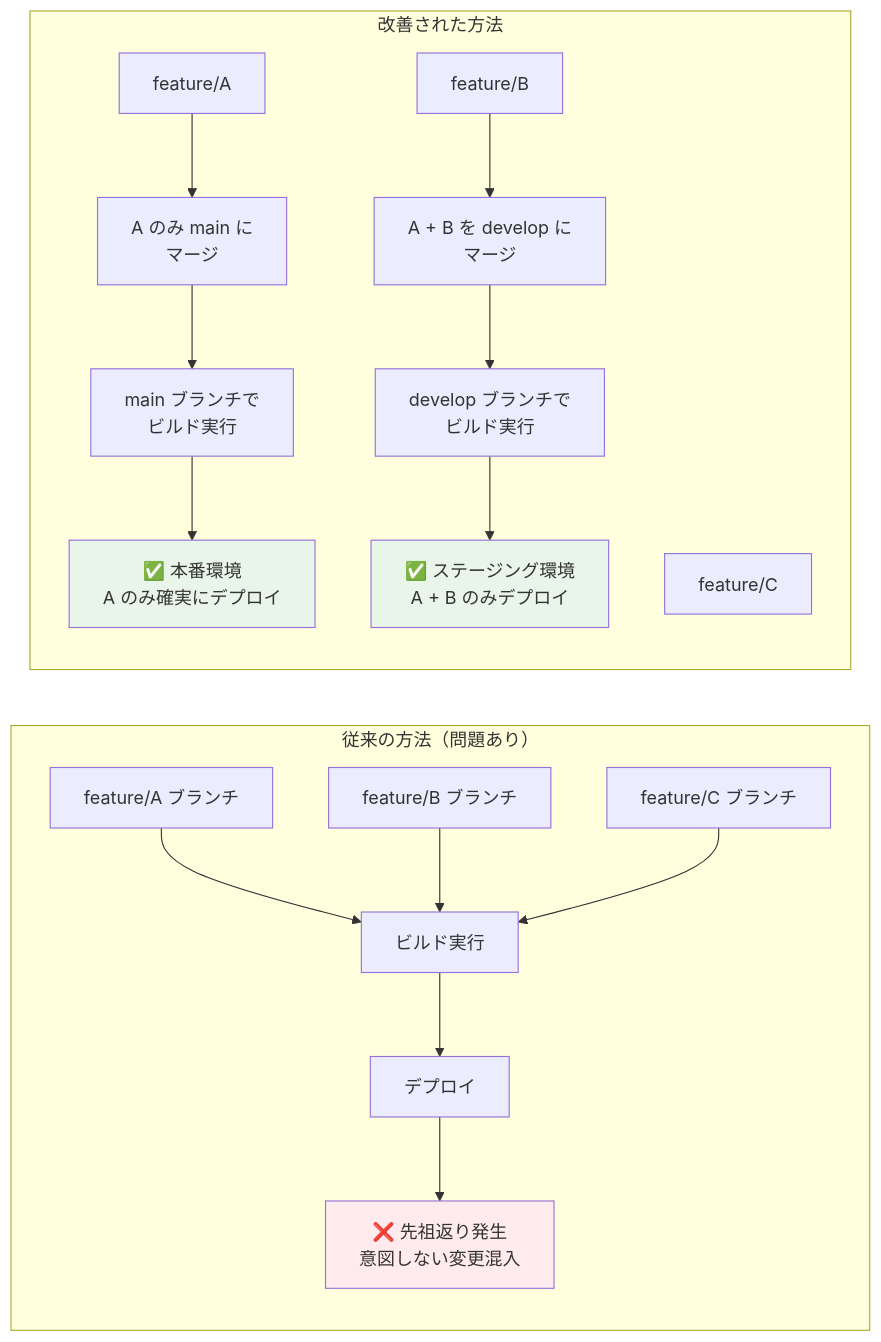
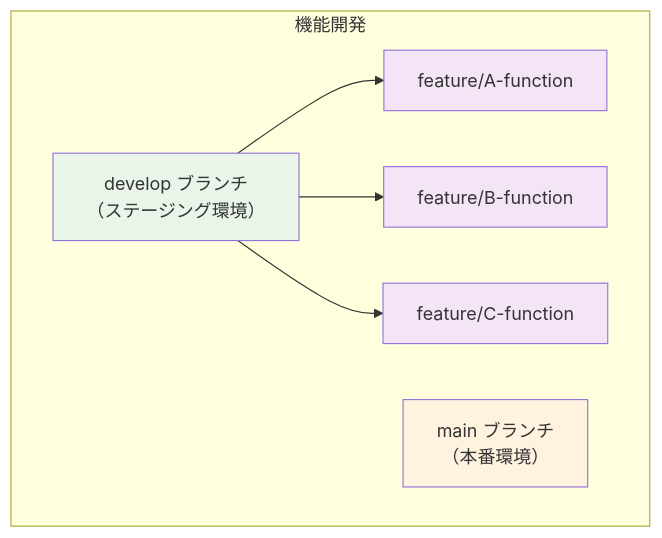
The first of 3 diagrams in profile/README.md (Rockhearts/.github), drawn with Mermaid before and after one commit. The commit also changed other lines of this file, not shown here.

````diff
--- a/profile/README.md
+++ b/profile/README.md
@@ -124,26 +27,20 @@
 ```mermaid
-flowchart LR
-    subgraph "従来の方法（問題あり）"
-        A1["feature/A ブランチ"] --> B1["ビルド実行"]
-        A2["feature/B ブランチ"] --> B1
-        A3["feature/C ブランチ"] --> B1
-        B1 --> C1["デプロイ"]
-        C1 --> D1["❌ 先祖返り発生<br/>意図しない変更混入"]
+flowchart TD
+    subgraph "機能開発"
+        DEV["develop ブランチ<br/>（ステージング環境）"]
+        MAIN["main ブランチ<br/>（本番環境）"]
+        FA["feature/A-function"]
+        FB["feature/B-function"]
+        FC["feature/C-function"]
+
+        DEV --> FA
+        DEV --> FB
+        DEV --> FC
     end
 
-    subgraph "改善された方法"
-        A4["feature/A"] --> B2["A のみ main に<br/>マージ"]
-        A5["feature/B"] --> B3["A + B を develop に<br/>マージ"]
-        A6["feature/C"]
-
-        B2 --> C2["main ブランチで<br/>ビルド実行"]
-        B3 --> C3["develop ブランチで<br/>ビルド実行"]
-
-        C2 --> D2["✅ 本番環境<br/>A のみ確実にデプロイ"]
-        C3 --> D3["✅ ステージング環境<br/>A + B のみデプロイ"]
-    end
-
-    style D1 fill:#ffebee
-    style D2 fill:#e8f5e8
-    style D3 fill:#e8f5e8
+    style DEV fill:#e8f5e8
+    style MAIN fill:#fff3e0
+    style FA fill:#f3e5f5
+    style FB fill:#f3e5f5
+    style FC fill:#f3e5f5
 ```
````
